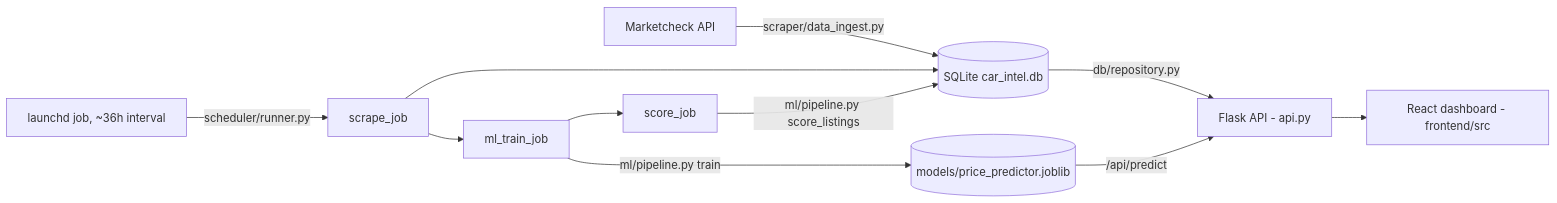
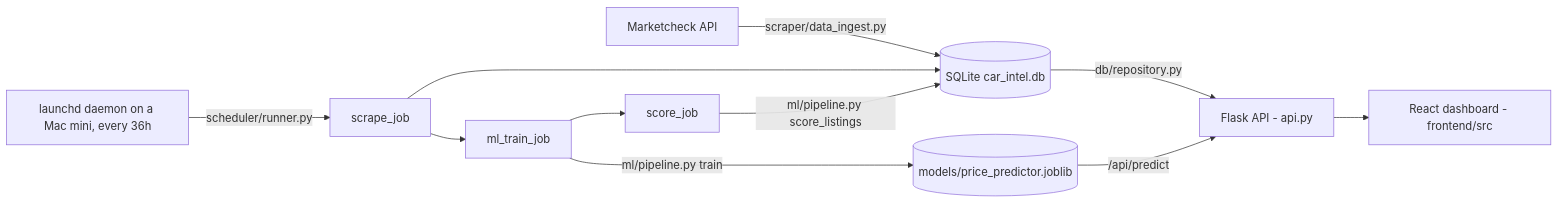
The diagram in README.md (dpark2380/car-price-predictor), drawn with Mermaid before and after one commit. The commit also changed other lines of this file, not shown here.

First line of the commit message:
Document the Mac mini deployment in the README

````diff
--- a/README.md
+++ b/README.md
@@ -50,13 +50,13 @@
 ```mermaid
 flowchart LR
     MC[Marketcheck API] -->|scraper/data_ingest.py| DB[(SQLite car_intel.db)]
-    LD[launchd job, ~36h interval] -->|scheduler/runner.py| SCR
+    LD[launchd daemon on a Mac mini, every 36h] -->|scheduler/runner.py| SCR
     SCR[scrape_job] --> DB
     SCR --> TRAIN[ml_train_job]
     TRAIN -->|ml/pipeline.py train| MODEL[(models/price_predictor.joblib)]
     TRAIN --> SCORE[score_job]
     SCORE -->|ml/pipeline.py score_listings| DB
     DB -->|db/repository.py| API[Flask API - api.py]
     MODEL -->|/api/predict| API
     API --> WEB[React dashboard - frontend/src]
 ```
````
